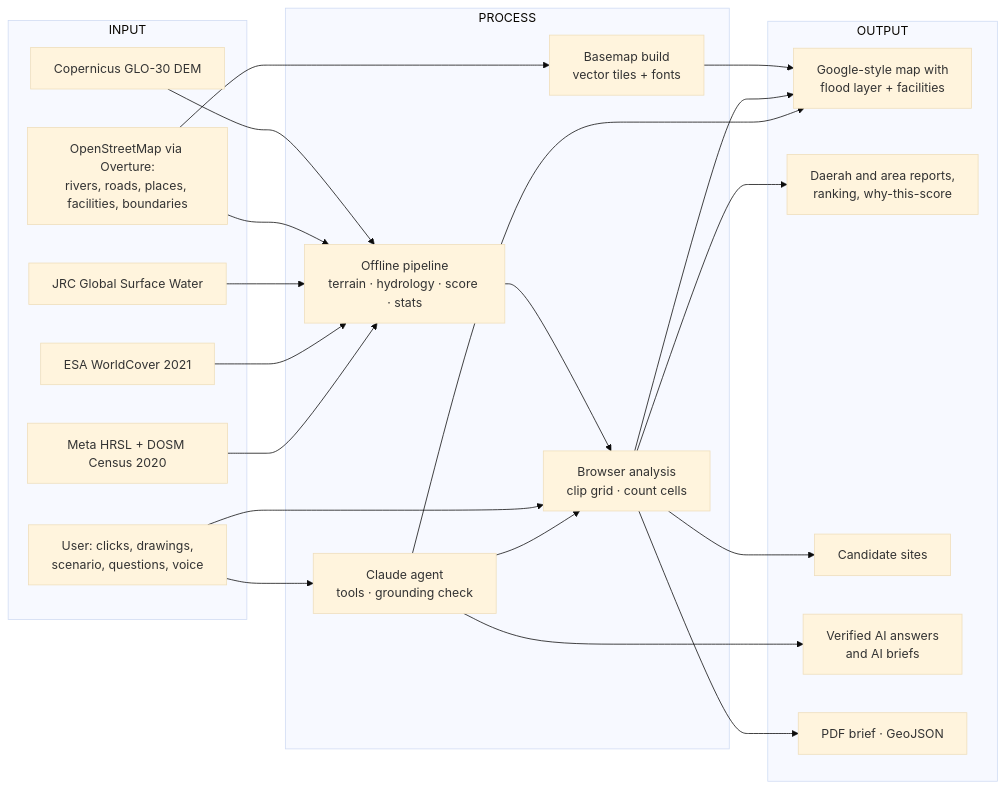
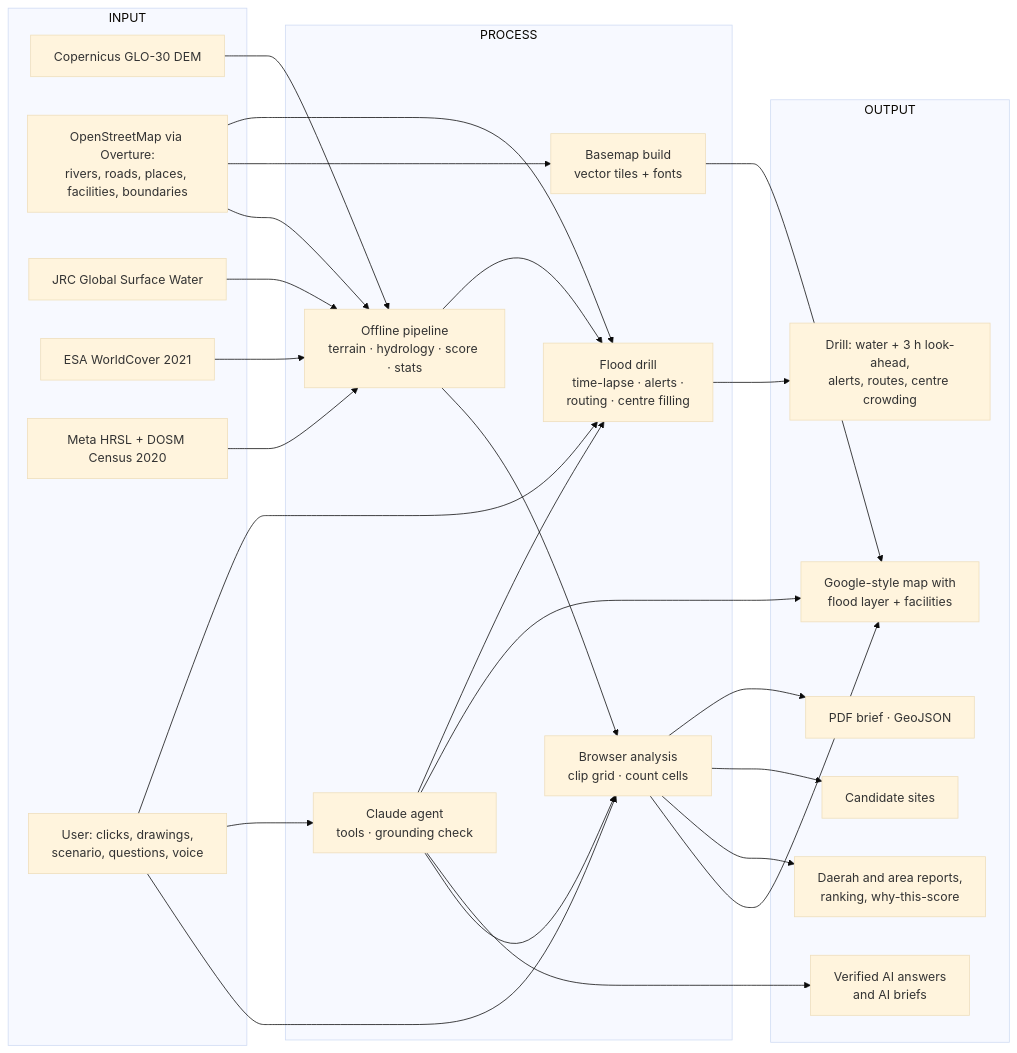
One commit to LuqmanNurhakimRosli/gingko-protototype changed the first of 2 diagrams in docs/WORKFLOW_BLUEPRINT.md. Above: the diagram before and after it, drawn with Mermaid (base theme). The commit also changed other lines of this file and 8 other files, not shown here.

First line of the commit message:
Flood drill: AI keeps its answer in view, phone layout, docs and references

````diff
--- a/docs/WORKFLOW_BLUEPRINT.md
+++ b/docs/WORKFLOW_BLUEPRINT.md
@@ -14,32 +14,38 @@
 ```mermaid
 flowchart LR
   subgraph IN["INPUT"]
     D1[Copernicus GLO-30 DEM]
     D2[OpenStreetMap via Overture:<br/>rivers, roads, places, facilities, boundaries]
     D3[JRC Global Surface Water]
     D4[ESA WorldCover 2021]
     D5[Meta HRSL + DOSM Census 2020]
     U[User: clicks, drawings,<br/>scenario, questions, voice]
   end
   subgraph P["PROCESS"]
     P1[Offline pipeline<br/>terrain · hydrology · score · stats]
     P2[Basemap build<br/>vector tiles + fonts]
     P3[Browser analysis<br/>clip grid · count cells]
     P4[Claude agent<br/>tools · grounding check]
+    P5[Flood drill<br/>time-lapse · alerts ·<br/>routing · centre filling]
   end
   subgraph OUT["OUTPUT"]
     O1[Google-style map with<br/>flood layer + facilities]
     O2[Daerah and area reports,<br/>ranking, why-this-score]
     O3[Candidate sites]
     O4[Verified AI answers<br/>and AI briefs]
     O5[PDF brief · GeoJSON]
+    O6[Drill: water + 3 h look-ahead,<br/>alerts, routes, centre crowding]
   end
   D1 & D2 & D3 & D4 & D5 --> P1
   D2 --> P2
   P1 --> P3
   P2 --> O1
   U --> P3 & P4
   P3 --> O1 & O2 & O3 & O5
   P4 --> P3
   P4 --> O4 & O1
+  P1 & D2 --> P5
+  U --> P5
+  P4 --> P5
+  P5 --> O6
 ```
````
